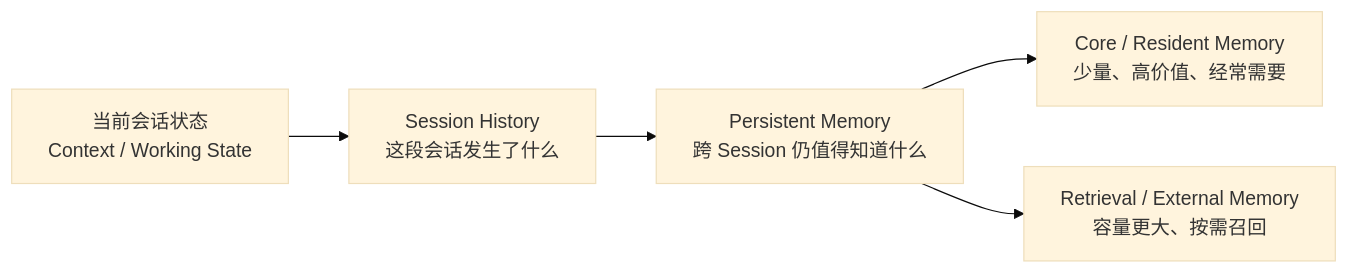
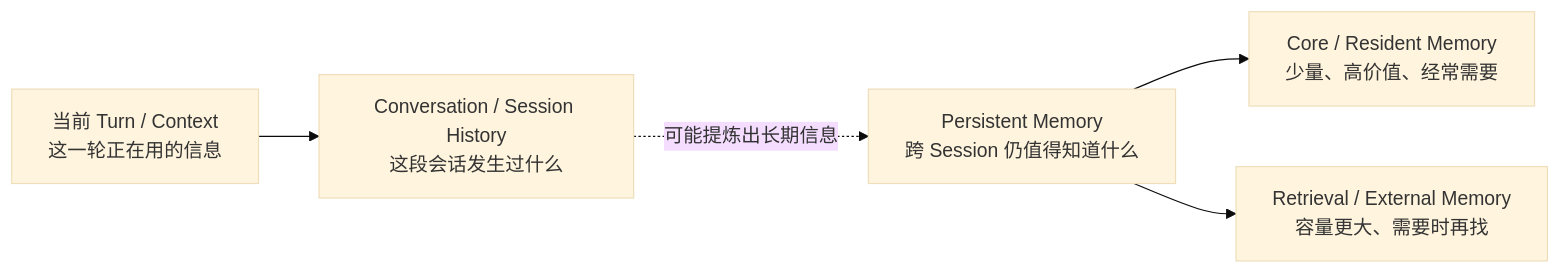
One commit to SodaWWater/AI-Learn changed the first of 15 diagrams in learning/hermes-vault/chapters/06-memory-history-external-provider.md. Above: the diagram before and after it, drawn with Mermaid (base theme). The commit also changed other lines of this file, not shown here.

Commit message:
docs: clarify Hermes memory architecture and teaching flow

````diff
--- a/learning/hermes-vault/chapters/06-memory-history-external-provider.md
+++ b/learning/hermes-vault/chapters/06-memory-history-external-provider.md
@@ -59,7 +58,7 @@
 ```mermaid
 flowchart LR
-    A["当前会话状态<br/>Context / Working State"] --> B["Session History<br/>这段会话发生了什么"]
-    B --> C["Persistent Memory<br/>跨 Session 仍值得知道什么"]
+    A["当前 Turn / Context<br/>这一轮正在用的信息"] --> B["Conversation / Session History<br/>这段会话发生过什么"]
+    B -."可能提炼出长期信息".-> C["Persistent Memory<br/>跨 Session 仍值得知道什么"]
     C --> D["Core / Resident Memory<br/>少量、高价值、经常需要"]
-    C --> E["Retrieval / External Memory<br/>容量更大、按需召回"]
+    C --> E["Retrieval / External Memory<br/>容量更大、需要时再找"]
 ```
````
